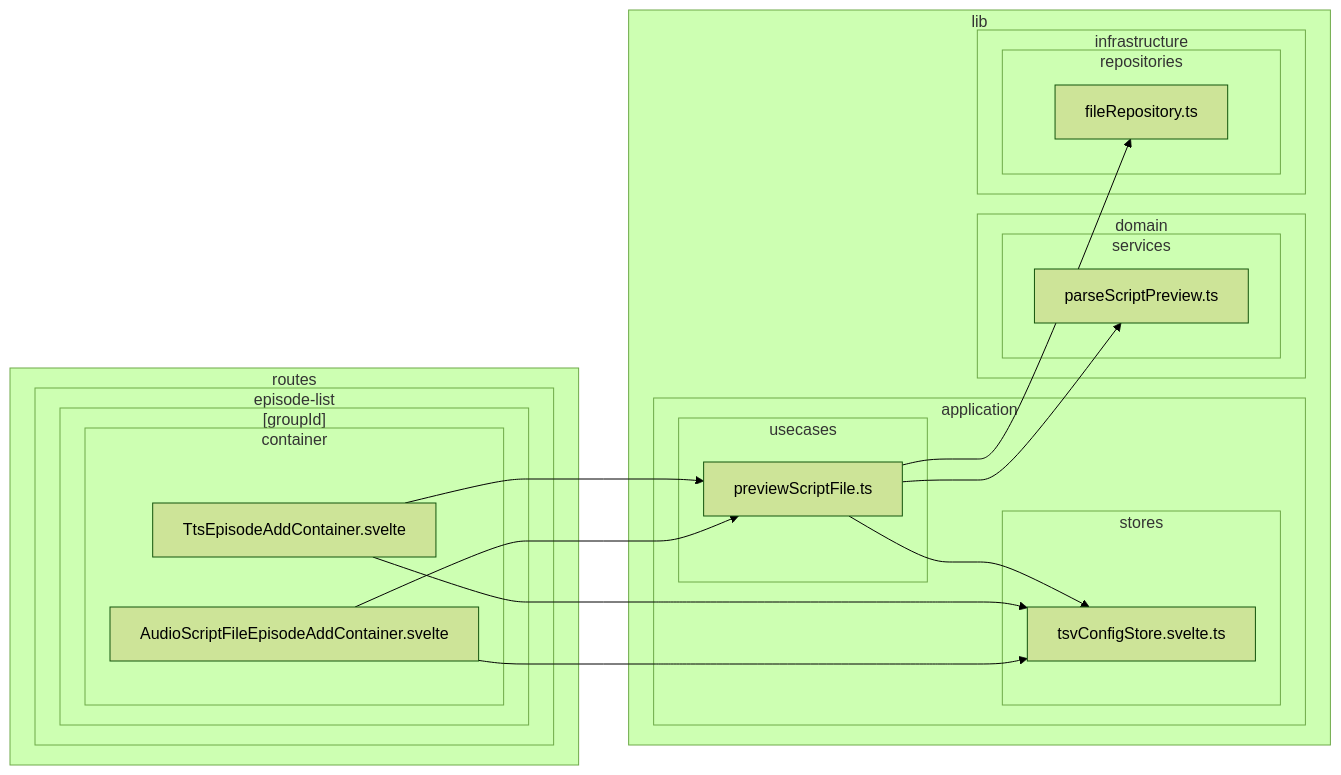
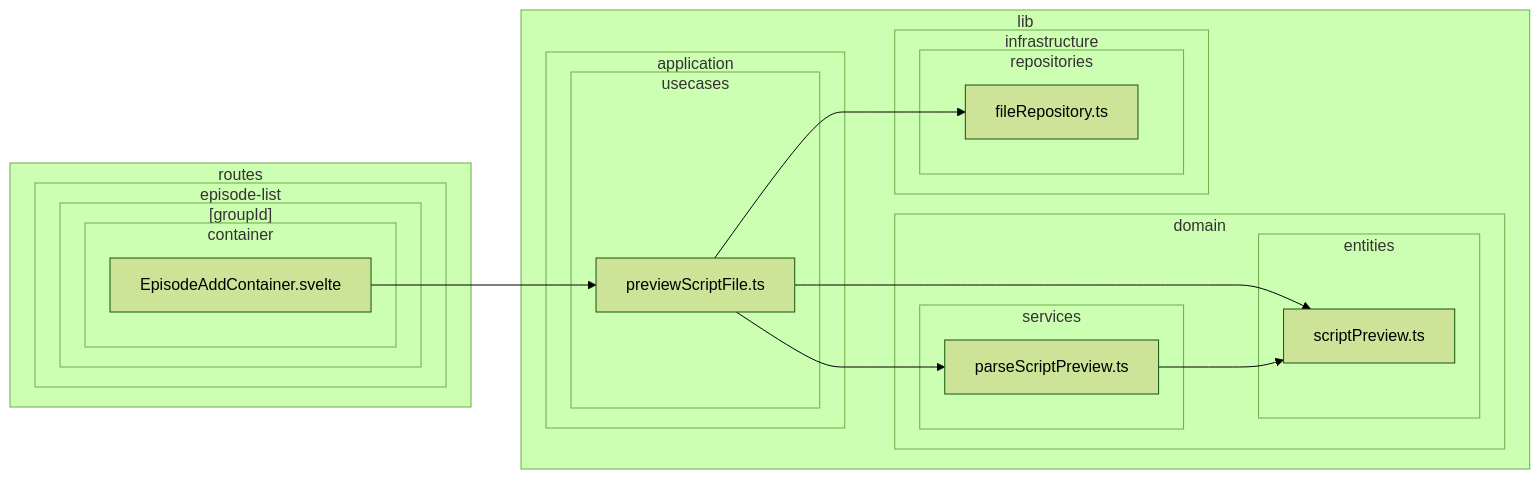
One commit to k5n/kotonoha changed diagram 29 of 38 in doc/dependency-graph.md. Above: the diagram before and after it, drawn with Mermaid (forest theme). The commit also changed 4 other files, not shown here.

Commit message:
refactor: update dependency graphs and refactor TSV script file handling in episode components

````diff
--- a/doc/dependency-graph.md
+++ b/doc/dependency-graph.md
@@ -1222,40 +1222,37 @@
 ```mermaid
 graph LR
         subgraph sg_lib ["lib"]
             subgraph sg_lib_application ["application"]
-                subgraph sg_lib_application_stores ["stores"]
-                    src_lib_application_stores_tsvConfigStore_svelte_ts["tsvConfigStore.svelte.ts"]
-                end
                 subgraph sg_lib_application_usecases ["usecases"]
                     src_lib_application_usecases_previewScriptFile_ts["previewScriptFile.ts"]
                 end
             end
             subgraph sg_lib_domain ["domain"]
+                subgraph sg_lib_domain_entities ["entities"]
+                    src_lib_domain_entities_scriptPreview_ts["scriptPreview.ts"]
+                end
                 subgraph sg_lib_domain_services ["services"]
                     src_lib_domain_services_parseScriptPreview_ts["parseScriptPreview.ts"]
                 end
             end
             subgraph sg_lib_infrastructure ["infrastructure"]
                 subgraph sg_lib_infrastructure_repositories ["repositories"]
                     src_lib_infrastructure_repositories_fileRepository_ts["fileRepository.ts"]
                 end
             end
         end
         subgraph sg_routes ["routes"]
             subgraph sg_routes_episode_list ["episode-list"]
                 subgraph sg_routes_episode_list__groupId_ ["[groupId]"]
                     subgraph sg_routes_episode_list__groupId__container ["container"]
-                        src_routes_episode_list__groupId__container_AudioScriptFileEpisodeAddContainer_svelte["AudioScriptFileEpisodeAddContainer.svelte"]
-                        src_routes_episode_list__groupId__container_TtsEpisodeAddContainer_svelte["TtsEpisodeAddContainer.svelte"]
+                        src_routes_episode_list__groupId__container_EpisodeAddContainer_svelte["EpisodeAddContainer.svelte"]
                     end
                 end
             end
         end
-    src_lib_application_usecases_previewScriptFile_ts --> src_lib_application_stores_tsvConfigStore_svelte_ts
+    src_lib_application_usecases_previewScriptFile_ts --> src_lib_domain_entities_scriptPreview_ts
     src_lib_application_usecases_previewScriptFile_ts --> src_lib_domain_services_parseScriptPreview_ts
     src_lib_application_usecases_previewScriptFile_ts --> src_lib_infrastructure_repositories_fileRepository_ts
-    src_routes_episode_list__groupId__container_TtsEpisodeAddContainer_svelte --> src_lib_application_stores_tsvConfigStore_svelte_ts
-    src_routes_episode_list__groupId__container_TtsEpisodeAddContainer_svelte --> src_lib_application_usecases_previewScriptFile_ts
-    src_routes_episode_list__groupId__container_AudioScriptFileEpisodeAddContainer_svelte --> src_lib_application_stores_tsvConfigStore_svelte_ts
-    src_routes_episode_list__groupId__container_AudioScriptFileEpisodeAddContainer_svelte --> src_lib_application_usecases_previewScriptFile_ts
+    src_lib_domain_services_parseScriptPreview_ts --> src_lib_domain_entities_scriptPreview_ts
+    src_routes_episode_list__groupId__container_EpisodeAddContainer_svelte --> src_lib_application_usecases_previewScriptFile_ts
 ```
````
